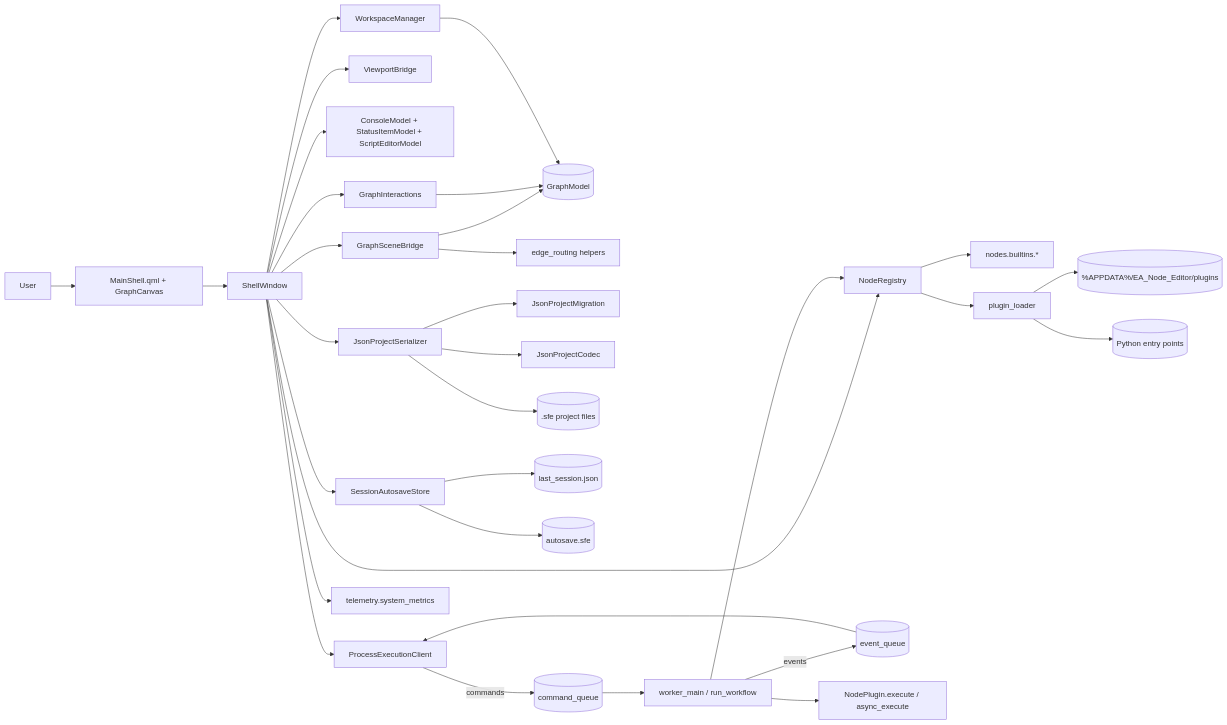
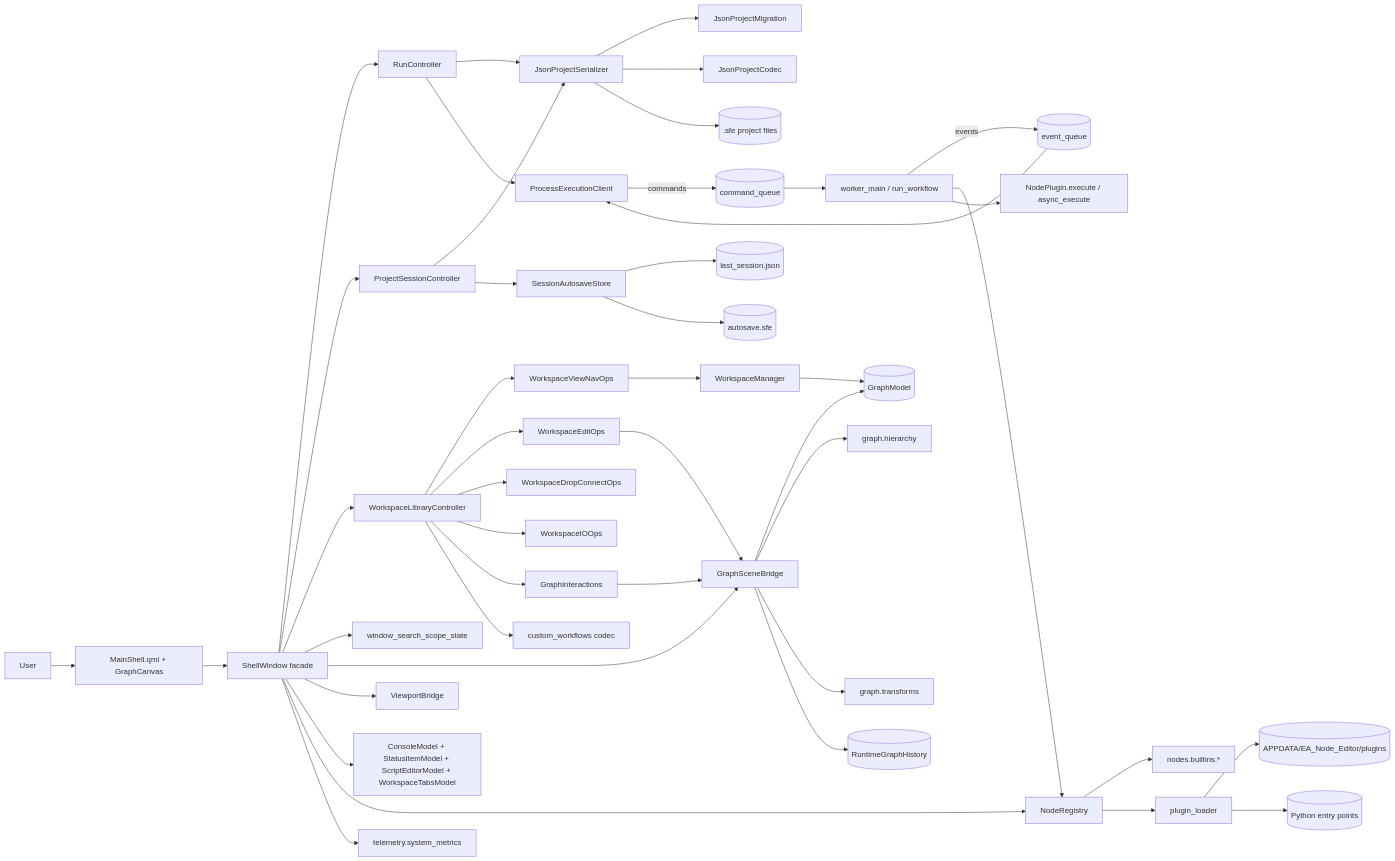
One commit to emreatay993/EA_Node changed the diagram in docs/architecture_diagrams/component_map.mmd. Above: the diagram before and after it, drawn with Mermaid. The commit also changed 9 other files, not shown here.

Commit message:
docs: refresh architecture guide and generated diagrams

```diff
--- a/docs/architecture_diagrams/component_map.mmd
+++ b/docs/architecture_diagrams/component_map.mmd
@@ -1,39 +1,56 @@
 flowchart LR
     U[User] --> QML[MainShell.qml + GraphCanvas]
-    QML --> SW[ShellWindow]
+    QML --> SW[ShellWindow facade]
+
+    SW --> RUN[RunController]
+    SW --> PSC[ProjectSessionController]
+    SW --> WLC[WorkspaceLibraryController]
+    SW --> SEARCH[window_search_scope_state]
 
     SW --> GS[GraphSceneBridge]
     SW --> VP[ViewportBridge]
-    SW --> CM[ConsoleModel + StatusItemModel + ScriptEditorModel]
-    SW --> GI[GraphInteractions]
+    SW --> MODELS[ConsoleModel + StatusItemModel + ScriptEditorModel + WorkspaceTabsModel]
+
     GS --> GR[(GraphModel)]
-    GI --> GR
-    GS --> ER[edge_routing helpers]
+    GS --> HIER[graph.hierarchy]
+    GS --> XFORM[graph.transforms]
+    GS --> HIST[(RuntimeGraphHistory)]
 
-    SW --> WM[WorkspaceManager]
+    WLC --> NAV[WorkspaceViewNavOps]
+    WLC --> EDIT[WorkspaceEditOps]
+    WLC --> DROP[WorkspaceDropConnectOps]
+    WLC --> IO[WorkspaceIOOps]
+    WLC --> GI[GraphInteractions]
+
+    EDIT --> GS
+    GI --> GS
+    NAV --> WM[WorkspaceManager]
     WM --> GR
+
+    WLC --> CWF[custom_workflows codec]
+
+    RUN --> SER[JsonProjectSerializer]
+    PSC --> SER
+    PSC --> SESS[SessionAutosaveStore]
+
+    SER --> MIG[JsonProjectMigration]
+    SER --> CODEC[JsonProjectCodec]
+    SER --> SFE[(.sfe project files)]
+    SESS --> LAST[(last_session.json)]
+    SESS --> AUTO[(autosave.sfe)]
 
     SW --> REG[NodeRegistry]
     REG --> BUILTINS[nodes.builtins.*]
     REG --> PLUG[plugin_loader]
-    PLUG --> PLUGDIR[(%APPDATA%/EA_Node_Editor/plugins)]
+    PLUG --> PLUGDIR[(APPDATA/EA_Node_Editor/plugins)]
     PLUG --> ENTRYPTS[(Python entry points)]
 
-    SW --> SER[JsonProjectSerializer]
-    SER --> MIG[JsonProjectMigration]
-    SER --> CODEC[JsonProjectCodec]
-    SER --> SFE[(.sfe project files)]
-
-    SW --> SESS[SessionAutosaveStore]
-    SESS --> LAST[(last_session.json)]
-    SESS --> AUTO[(autosave.sfe)]
-
-    SW --> EXEC[ProcessExecutionClient]
+    RUN --> EXEC[ProcessExecutionClient]
     EXEC -->|commands| CMDQ[(command_queue)]
     CMDQ --> WORKER[worker_main / run_workflow]
     WORKER -->|events| EVTQ[(event_queue)]
     EVTQ --> EXEC
     WORKER --> REG
     WORKER --> NODEPLUGINS[NodePlugin.execute / async_execute]
 
     SW --> METRICS[telemetry.system_metrics]
```
